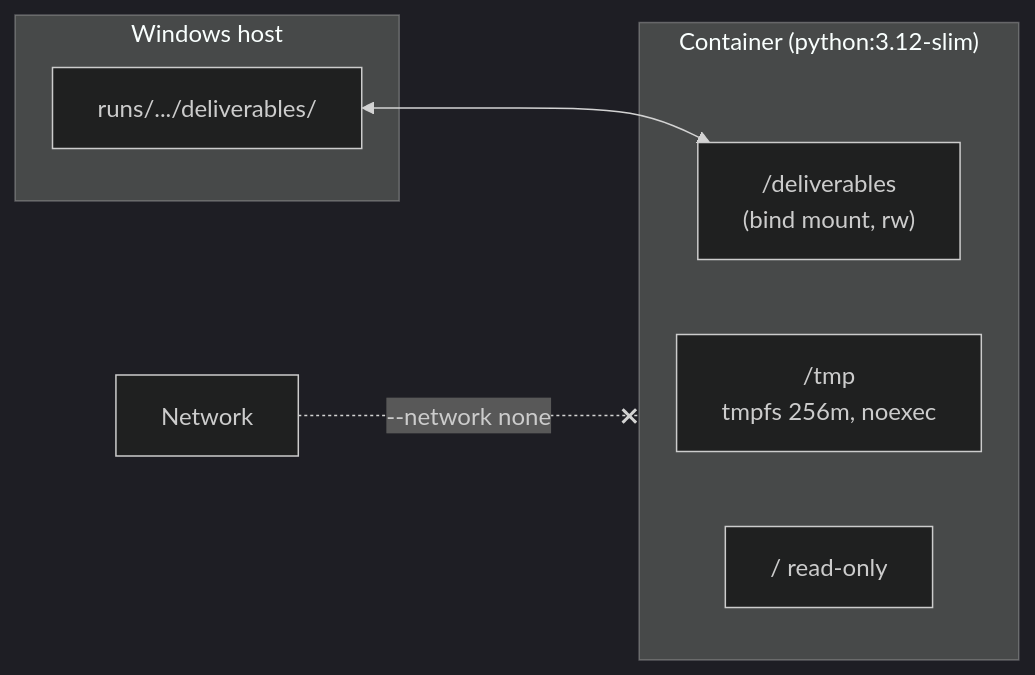
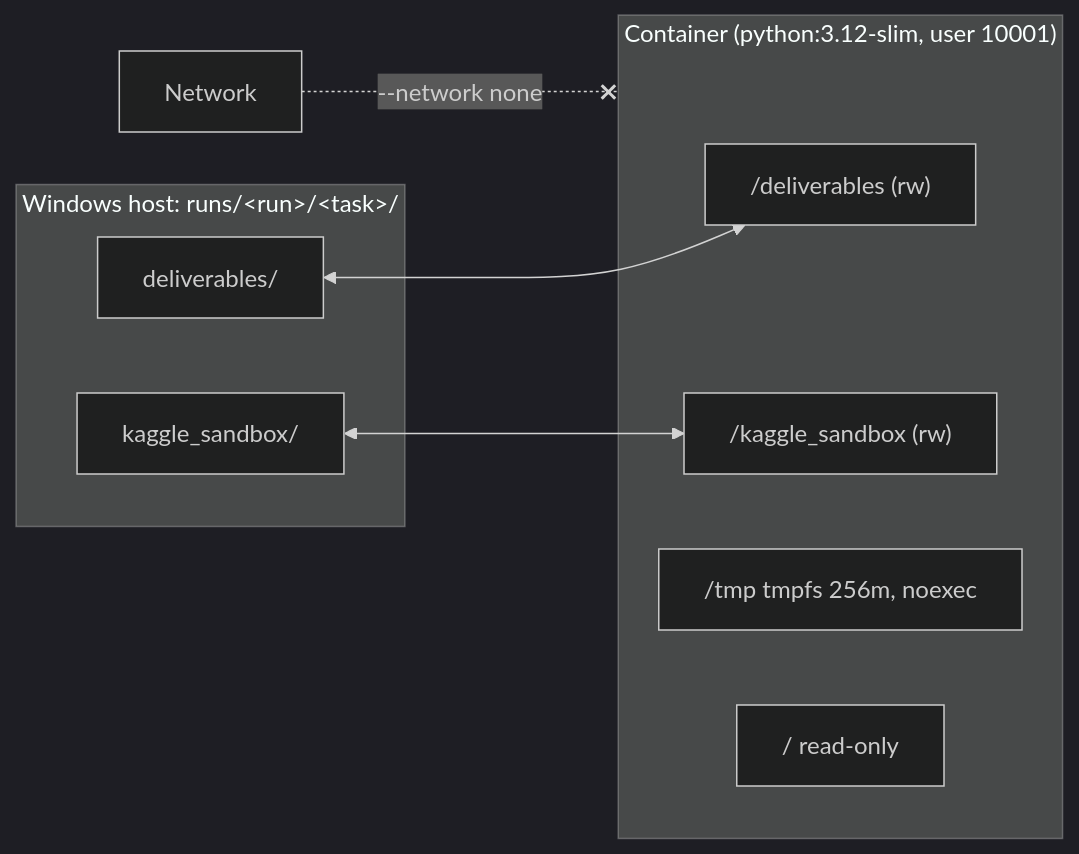
One commit to NBTailee/agent-harness changed the eighth of 8 diagrams in README.md. Above: the diagram before and after it, drawn with Mermaid (dark theme). The commit also changed other lines of this file and 19 other files, not shown here.

````diff
--- a/README.md
+++ b/README.md
@@ -136,13 +281,16 @@
 ```mermaid
 flowchart LR
-    subgraph Host["Windows host"]
-        Run["runs/.../deliverables/"]
+    subgraph Host["Windows host: runs/&lt;run&gt;/&lt;task&gt;/"]
+        D["deliverables/"]
+        K["kaggle_sandbox/"]
     end
-    subgraph C["Container (python:3.12-slim)"]
-        W["/deliverables<br/>(bind mount, rw)"]
-        Tmp["/tmp<br/>tmpfs 256m, noexec"]
+    subgraph C["Container (python:3.12-slim, user 10001)"]
+        CD["/deliverables (rw)"]
+        CK["/kaggle_sandbox (rw)"]
+        Tmp["/tmp tmpfs 256m, noexec"]
         Root["/ read-only"]
     end
-    Run <--> W
+    D <--> CD
+    K <--> CK
     Net["Network"] -. "--network none" .-x C
 ```
````
